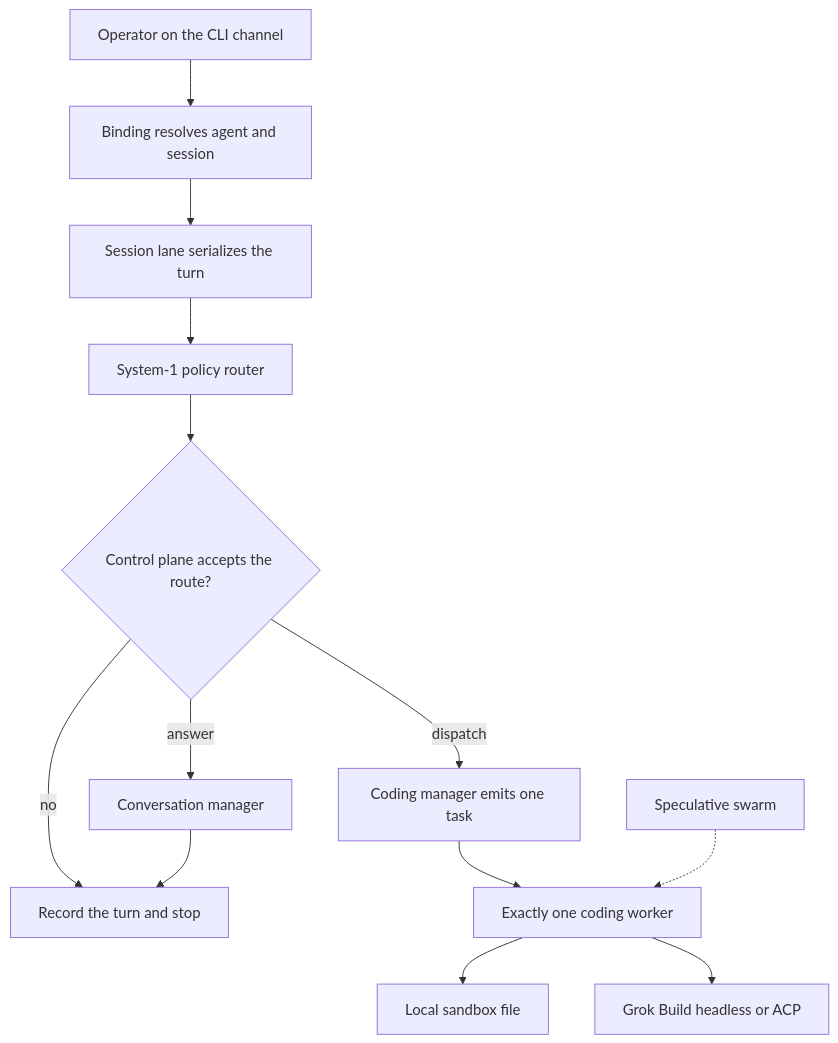
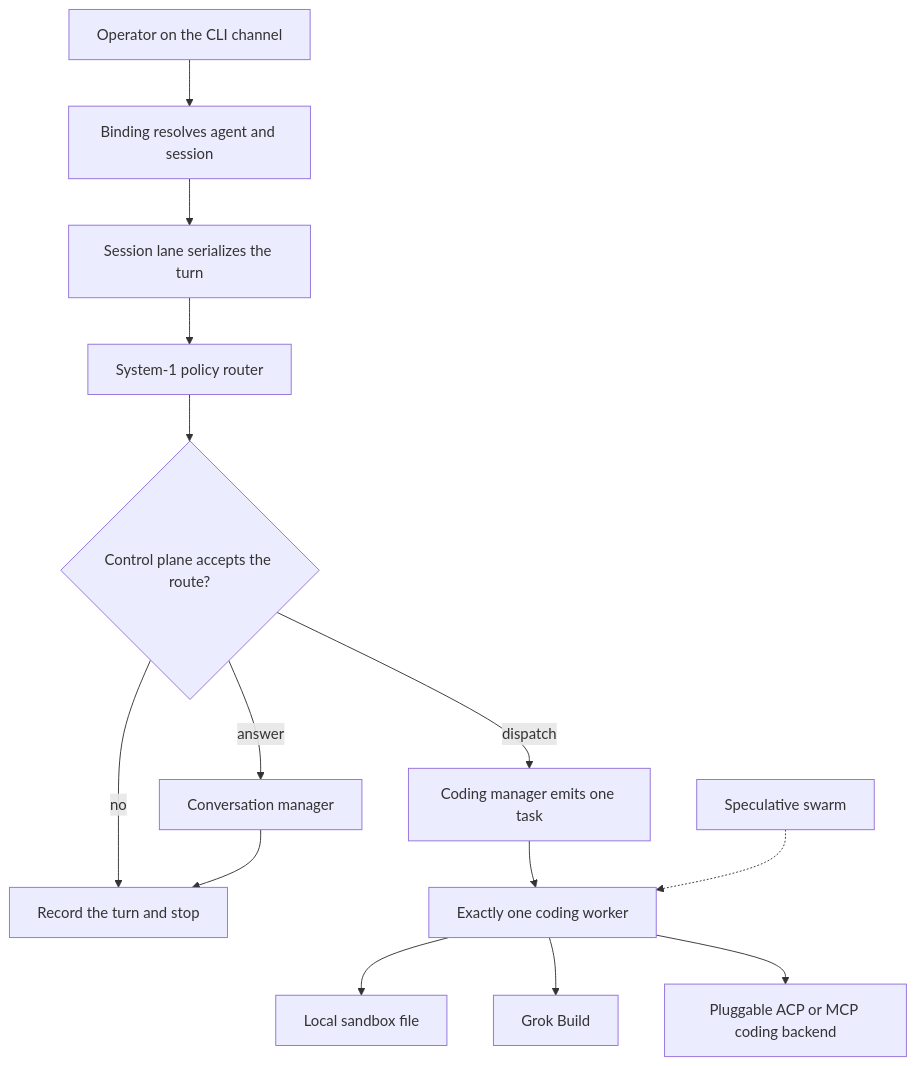
The diagram in ARCHITECTURE.md (bgagandeep/OpenCodingPartner), drawn with Mermaid before and after one commit. The commit also changed other lines of this file and 1 other file, not shown here.

First line of the commit message:
Name only OpenClaw and Grok Build as the OSS integrations

````diff
--- a/ARCHITECTURE.md
+++ b/ARCHITECTURE.md
@@ -5,15 +5,16 @@
 ```mermaid
 flowchart TD
   operator[Operator on the CLI channel] --> bind[Binding resolves agent and session]
   bind --> lane[Session lane serializes the turn]
   lane --> policy[System-1 policy router]
   policy --> gate{Control plane accepts the route?}
   gate -->|no| stop[Record the turn and stop]
   gate -->|answer| conversation[Conversation manager]
   gate -->|dispatch| coding[Coding manager emits one task]
   conversation --> stop
   coding --> worker[Exactly one coding worker]
   worker --> sandbox[Local sandbox file]
-  worker --> grok[Grok Build headless or ACP]
+  worker --> grok[Grok Build]
+  worker --> plug[Pluggable ACP or MCP coding backend]
   swarm[Speculative swarm] -.-> worker
 ```
````
